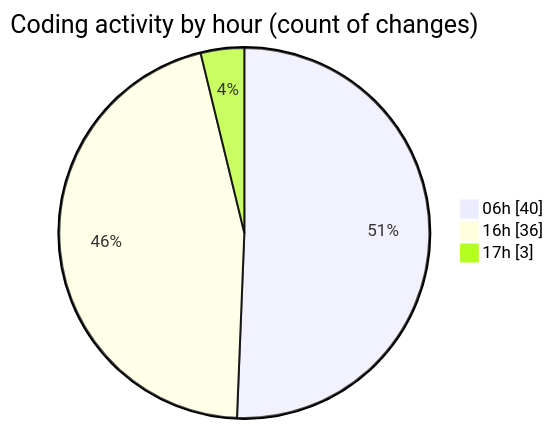
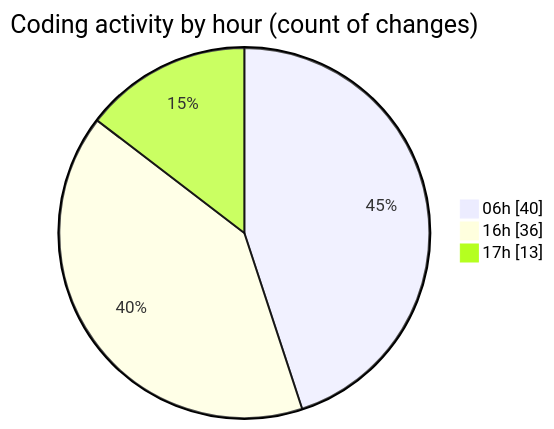
One commit to charlie-sans/code-tracking changed the second of 2 diagrams in 2025-02-25/micros/README.md. Above: the diagram before and after it, drawn with Mermaid. The commit also changed other lines of this file and 1 other file, not shown here.

````diff
--- a/2025-02-25/micros/README.md
+++ b/2025-02-25/micros/README.md
@@ -54,7 +62,7 @@
 ```mermaid
 pie showData
 title Coding activity by hour (count of changes)
 "06h" : 40
 "16h" : 36
-"17h" : 3
+"17h" : 13
 ```
````
